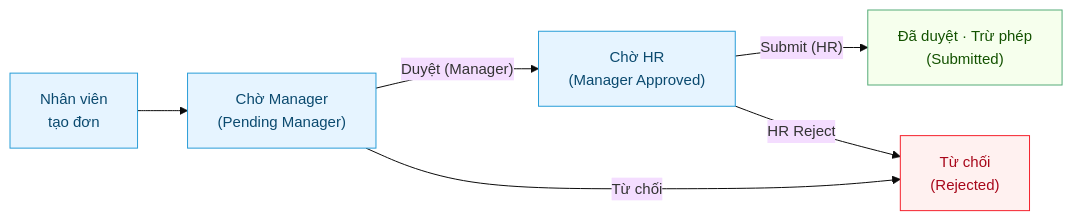
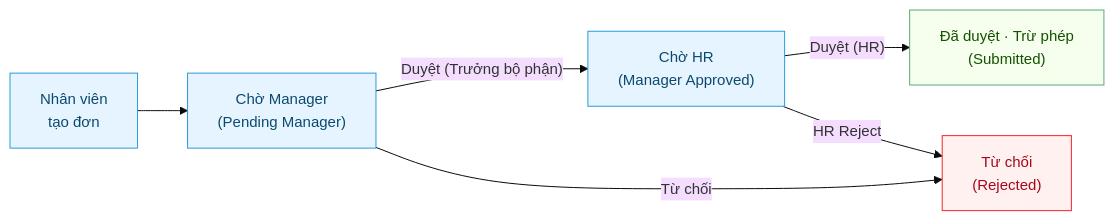
One commit to CobeGroup/cobe_erp_documents changed the diagram in users/Duyet-Nghi-Phep.md. Above: the diagram before and after it, drawn with Mermaid. The commit also changed other lines of this file and 14 other files, not shown here.

````diff
--- a/users/Duyet-Nghi-Phep.md
+++ b/users/Duyet-Nghi-Phep.md
@@ -39,16 +39,16 @@
 ```mermaid
 %%{init:{'theme':'base','themeVariables':{'fontSize':'15px'}}}%%
 flowchart LR
   classDef p fill:#e6f4ff,stroke:#299dd8,color:#0b4a6f;
   classDef g fill:#f6ffed,stroke:#54ab78,color:#135200;
   classDef o fill:#fff7e6,stroke:#fa8c16,color:#873800;
   classDef r fill:#fff1f0,stroke:#f5222d,color:#a8071a;
   NV["Nhân viên<br/>tạo đơn"] --> PM["Chờ Manager<br/>(Pending Manager)"]
-  PM -- "Duyệt (Manager)" --> MA["Chờ HR<br/>(Manager Approved)"]
+  PM -- "Duyệt (Trưởng bộ phận)" --> MA["Chờ HR<br/>(Manager Approved)"]
   PM -- "Từ chối" --> RJ["Từ chối<br/>(Rejected)"]
-  MA -- "Submit (HR)" --> OK["Đã duyệt · Trừ phép<br/>(Submitted)"]
+  MA -- "Duyệt (HR)" --> OK["Đã duyệt · Trừ phép<br/>(Submitted)"]
   MA -- "HR Reject" --> RJ
   class NV,PM,MA p
   class OK g
   class RJ r
 ```
````
